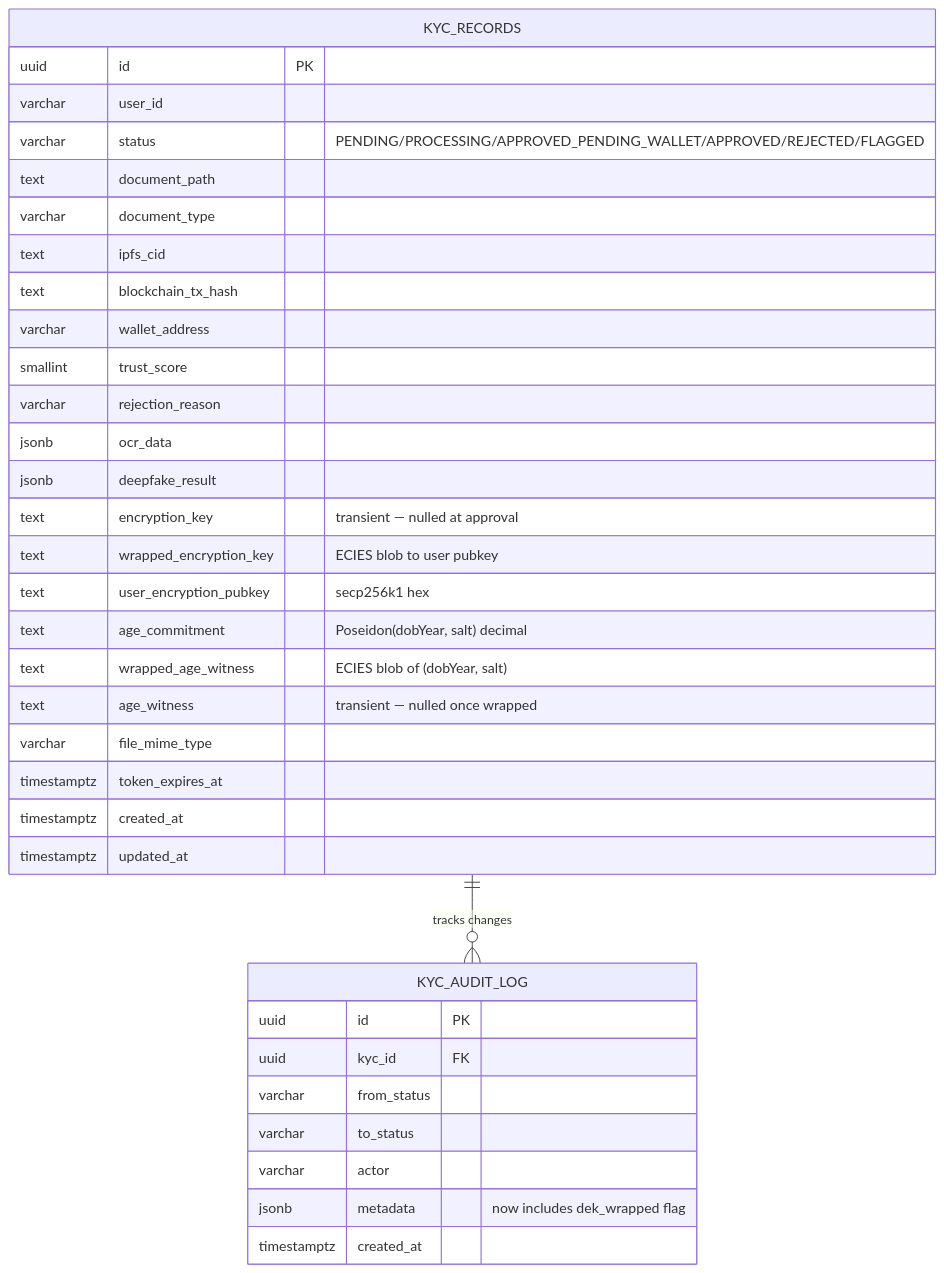
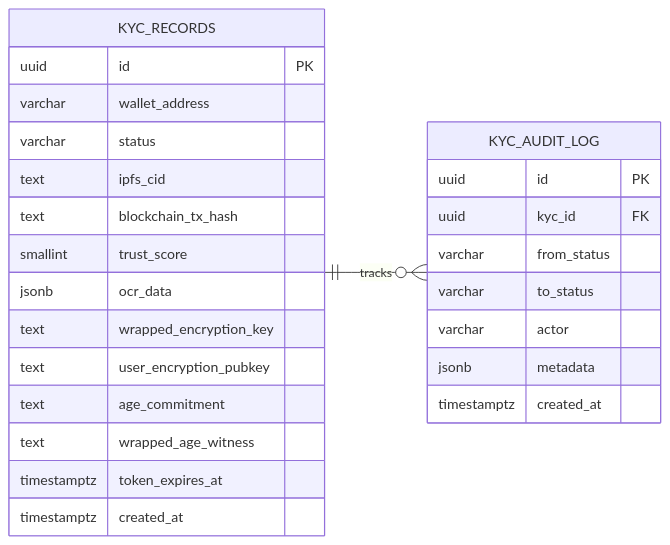
The diagram in Thesis/Digrams/Database.md (imanhmz/ekyc), drawn with Mermaid before and after one commit.

Commit message:
Modify Database.md with updated KYC diagrams
Updated KYC_RECORDS and KYC_AUDIT_LOG diagrams to reflect new columns and relationships.

````diff
--- a/Thesis/Digrams/Database.md
+++ b/Thesis/Digrams/Database.md
@@ -1,40 +1,32 @@
 ```mermaid
-%% MODIFIED_CLAUDE: added wrapped_encryption_key, user_encryption_pubkey, age_commitment, wrapped_age_witness, age_witness columns. Plaintext encryption_key now transient (nulled at approval).
-erDiagram
-      KYC_RECORDS {
-          uuid id PK
-          varchar user_id
-          varchar status "PENDING/PROCESSING/APPROVED_PENDING_WALLET/APPROVED/REJECTED/FLAGGED"
-          text document_path
-          varchar document_type
-          text ipfs_cid
-          text blockchain_tx_hash
-          varchar wallet_address
-          smallint trust_score
-          varchar rejection_reason
-          jsonb ocr_data
-          jsonb deepfake_result
-          text encryption_key "transient — nulled at approval"
-          text wrapped_encryption_key "ECIES blob to user pubkey"
-          text user_encryption_pubkey "secp256k1 hex"
-          text age_commitment "Poseidon(dobYear, salt) decimal"
-          text wrapped_age_witness "ECIES blob of (dobYear, salt)"
-          text age_witness "transient — nulled once wrapped"
-          varchar file_mime_type
-          timestamptz token_expires_at
-          timestamptz created_at
-          timestamptz updated_at
-      }
+ erDiagram
+    direction LR
 
-      KYC_AUDIT_LOG {
-          uuid id PK
-          uuid kyc_id FK
-          varchar from_status
-          varchar to_status
-          varchar actor
-          jsonb metadata "now includes dek_wrapped flag"
-          timestamptz created_at
-      }
+    KYC_RECORDS {
+        uuid id PK
+        varchar wallet_address
+        varchar status
+        text ipfs_cid
+        text blockchain_tx_hash
+        smallint trust_score
+        jsonb ocr_data
+        text wrapped_encryption_key
+        text user_encryption_pubkey
+        text age_commitment
+        text wrapped_age_witness
+        timestamptz token_expires_at
+        timestamptz created_at
+    }
 
-      KYC_RECORDS ||--o{ KYC_AUDIT_LOG : "tracks changes"
-```
+    KYC_AUDIT_LOG {
+        uuid id PK
+        uuid kyc_id FK
+        varchar from_status
+        varchar to_status
+        varchar actor
+        jsonb metadata
+        timestamptz created_at
+    }
+
+    KYC_RECORDS ||--o{ KYC_AUDIT_LOG : "tracks"
+ ```
````
